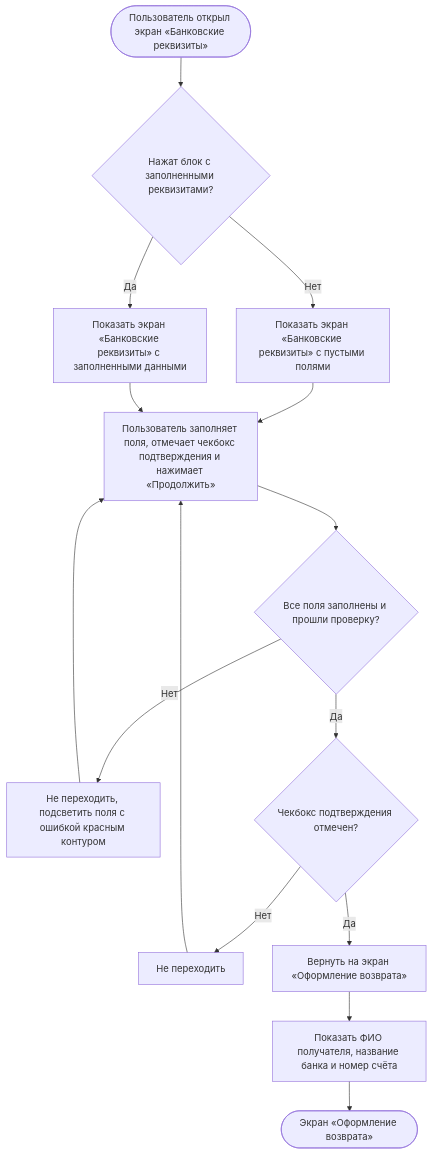
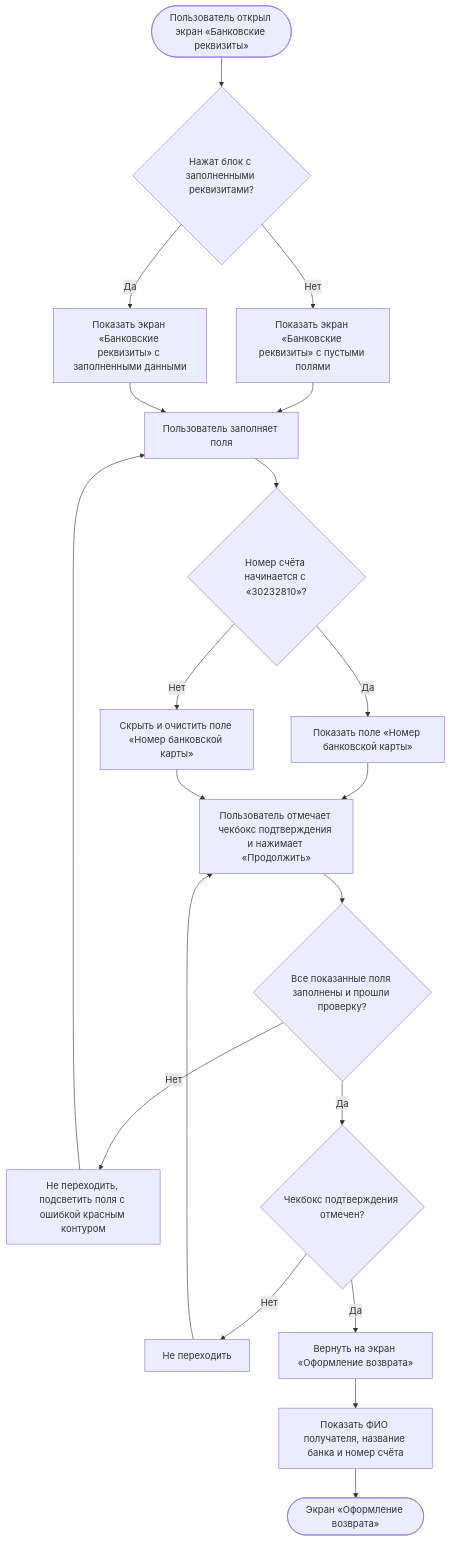
One commit to Terinss155/opencode-agents-analysis changed diagram 16 of 26 in projects/returns-2.0/requirements/srs/srs-mobile-mvp.md. Above: the diagram before and after it, drawn with Mermaid. The commit also changed other lines of this file and 19 other files, not shown here.

Commit message:
Возвраты 2.0: ADR-RET-106 (номер карты только для кредитного счёта), чекбокс реквизитов в SRS сайта, BRD по ADR-RET-105, правило «Названия» в статусной модели v4

````diff
--- a/projects/returns-2.0/requirements/srs/srs-mobile-mvp.md
+++ b/projects/returns-2.0/requirements/srs/srs-mobile-mvp.md
@@ -1081,17 +1082,22 @@
 ```mermaid
 flowchart TD
     S([Пользователь открыл экран «Банковские реквизиты»]) --> E{"Нажат блок с заполненными реквизитами?"}
     E -->|Нет| E1["Показать экран «Банковские реквизиты» с пустыми полями"]
     E -->|Да| E2["Показать экран «Банковские реквизиты» с заполненными данными"]
-    E1 --> F["Пользователь заполняет поля, отмечает чекбокс подтверждения и нажимает «Продолжить»"]
-    E2 --> F
-    F --> V{"Все поля заполнены и прошли проверку?"}
+    E1 --> F0["Пользователь заполняет поля"]
+    E2 --> F0
+    F0 --> CR{"Номер счёта начинается с «30232810»?"}
+    CR -->|Да| CR1["Показать поле «Номер банковской карты»"]
+    CR -->|Нет| CR2["Скрыть и очистить поле «Номер банковской карты»"]
+    CR1 --> F["Пользователь отмечает чекбокс подтверждения и нажимает «Продолжить»"]
+    CR2 --> F
+    F --> V{"Все показанные поля заполнены и прошли проверку?"}
     V -->|Нет| X1["Не переходить, подсветить поля с ошибкой красным контуром"]
-    X1 --> F
+    X1 --> F0
     V -->|Да| K{"Чекбокс подтверждения отмечен?"}
     K -->|Нет| X2["Не переходить"]
     X2 --> F
     K -->|Да| H["Вернуть на экран «Оформление возврата»"]
     H --> H1["Показать ФИО получателя, название банка и номер счёта"]
     H1 --> Z([Экран «Оформление возврата»])
 ```
````
